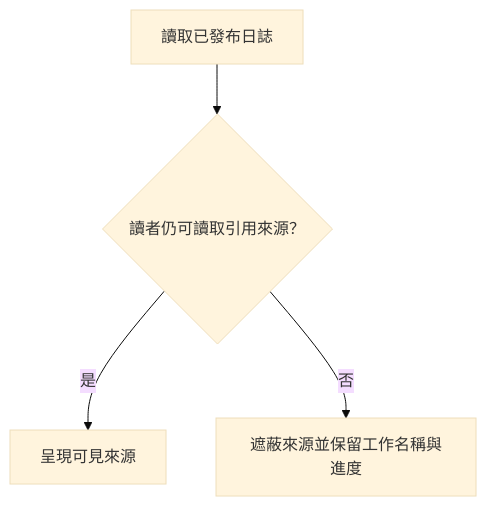
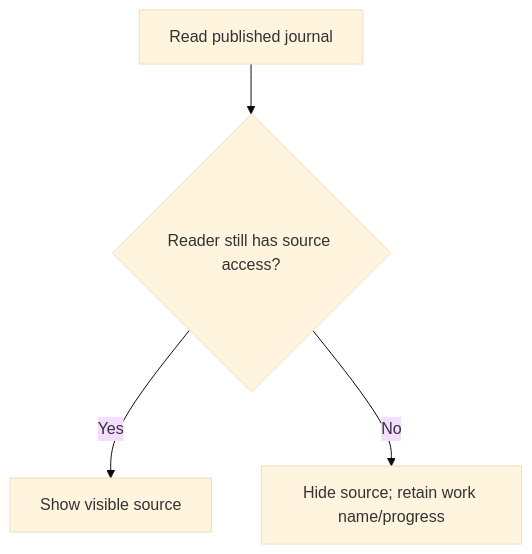
Before and after one commit to 963sup/line-mini-app-bot: the diagram in docs/domains/journal/README.md, drawn with Mermaid (base theme). The commit also changed other lines of this file and 341 other files, not shown here.

````diff
--- a/docs/domains/journal/README.md
+++ b/docs/domains/journal/README.md
@@ -27,6 +33,6 @@
 ```mermaid
 flowchart TD
-    start["讀取已發布日誌"] --> gate{"讀者仍可讀取引用來源？"}
-    gate -->|是| ok["呈現可見來源"]
-    gate -->|否| stop["遮蔽來源並保留工作名稱與進度"]
+    start["Read published journal"] --> gate{"Reader still has source access?"}
+    gate -->|Yes| ok["Show visible source"]
+    gate -->|No| stop["Hide source; retain work name/progress"]
 ```
````
